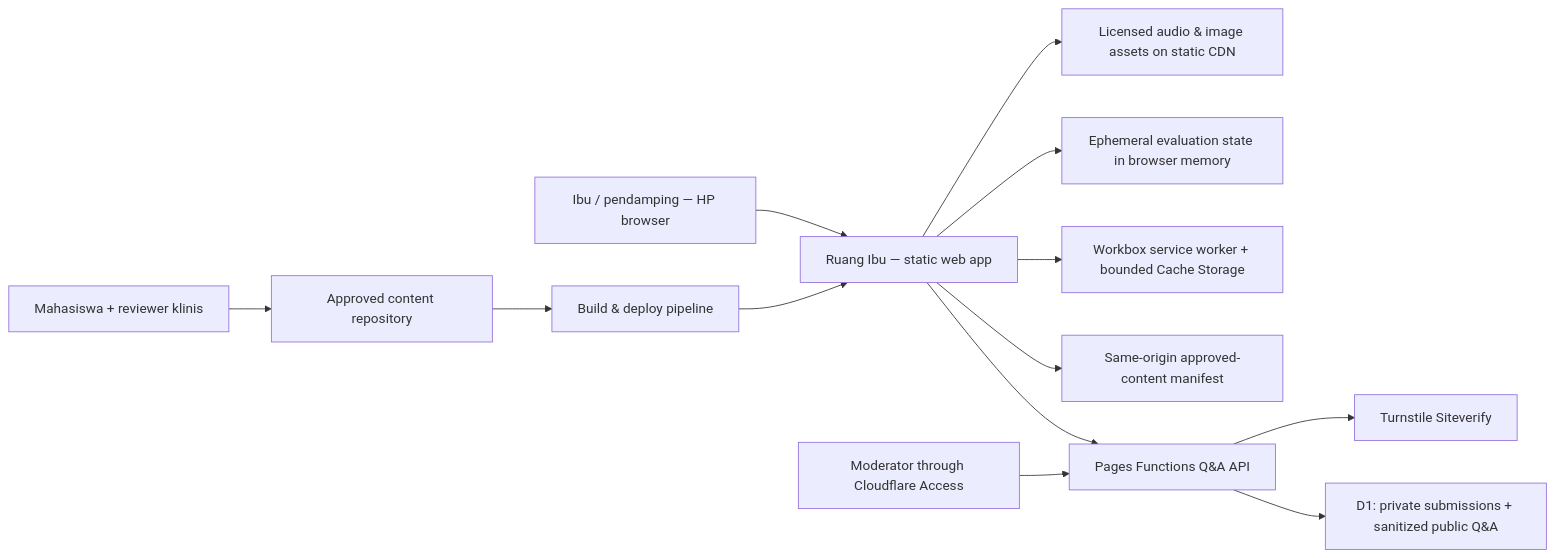
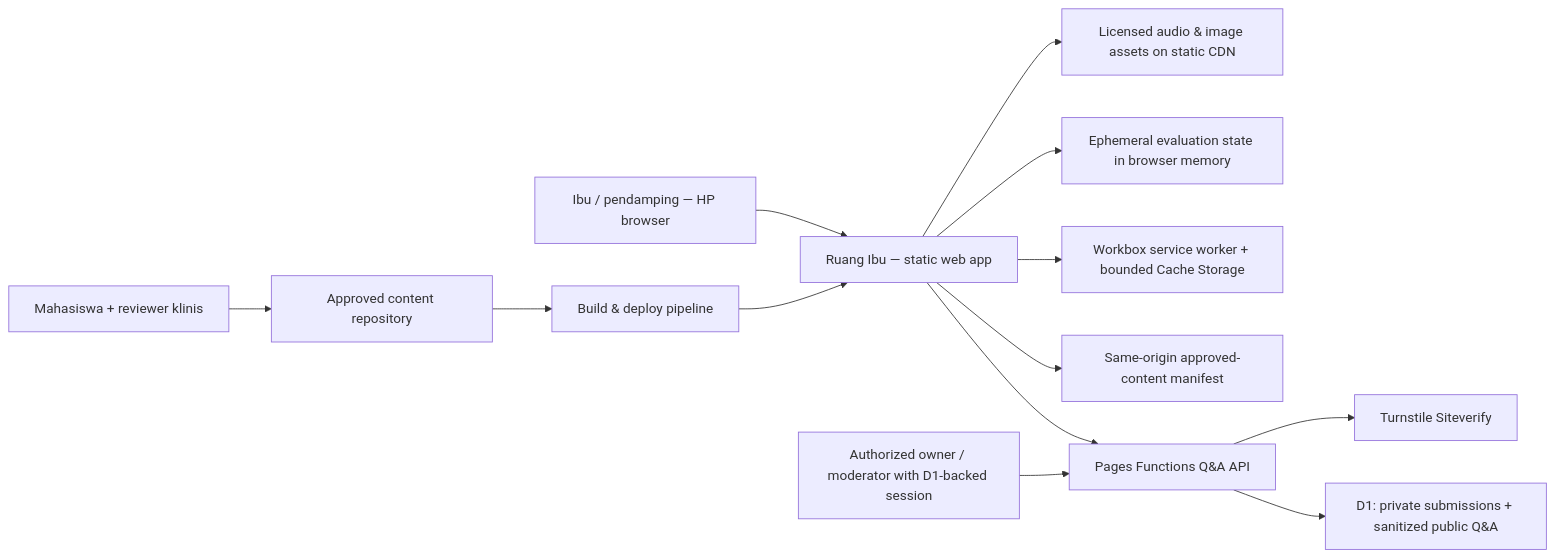
Before and after one commit to aprizal543/ruang-ibu: the first of 3 diagrams in docs/03-ARCHITECTURE.md, drawn with Mermaid. The commit also changed other lines of this file and 55 other files, not shown here.

````diff
--- a/docs/03-ARCHITECTURE.md
+++ b/docs/03-ARCHITECTURE.md
@@ -13,15 +13,15 @@
 ```mermaid
 flowchart LR
   U["Ibu / pendamping — HP browser"] --> W["Ruang Ibu — static web app"]
   C["Mahasiswa + reviewer klinis"] --> R["Approved content repository"]
   R --> B["Build & deploy pipeline"]
   B --> W
   W --> A["Licensed audio & image assets on static CDN"]
   W --> E["Ephemeral evaluation state in browser memory"]
   W --> SW["Workbox service worker + bounded Cache Storage"]
   W --> CM["Same-origin approved-content manifest"]
   W --> QAPI["Pages Functions Q&A API"]
   QAPI --> TS["Turnstile Siteverify"]
   QAPI --> D1["D1: private submissions + sanitized public Q&A"]
-  MOD["Moderator through Cloudflare Access"] --> QAPI
+  MOD["Authorized owner / moderator with D1-backed session"] --> QAPI
 ```
````
